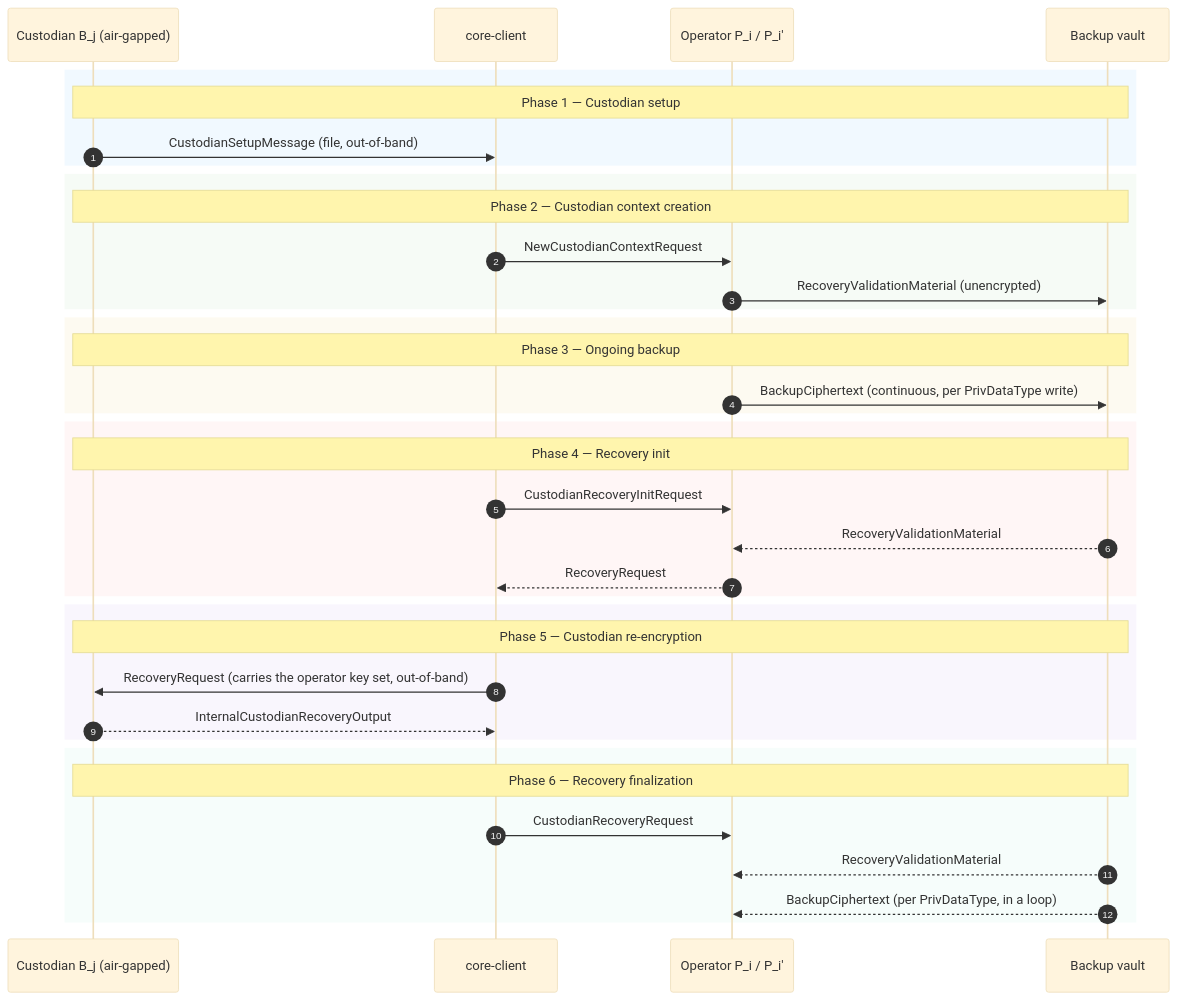
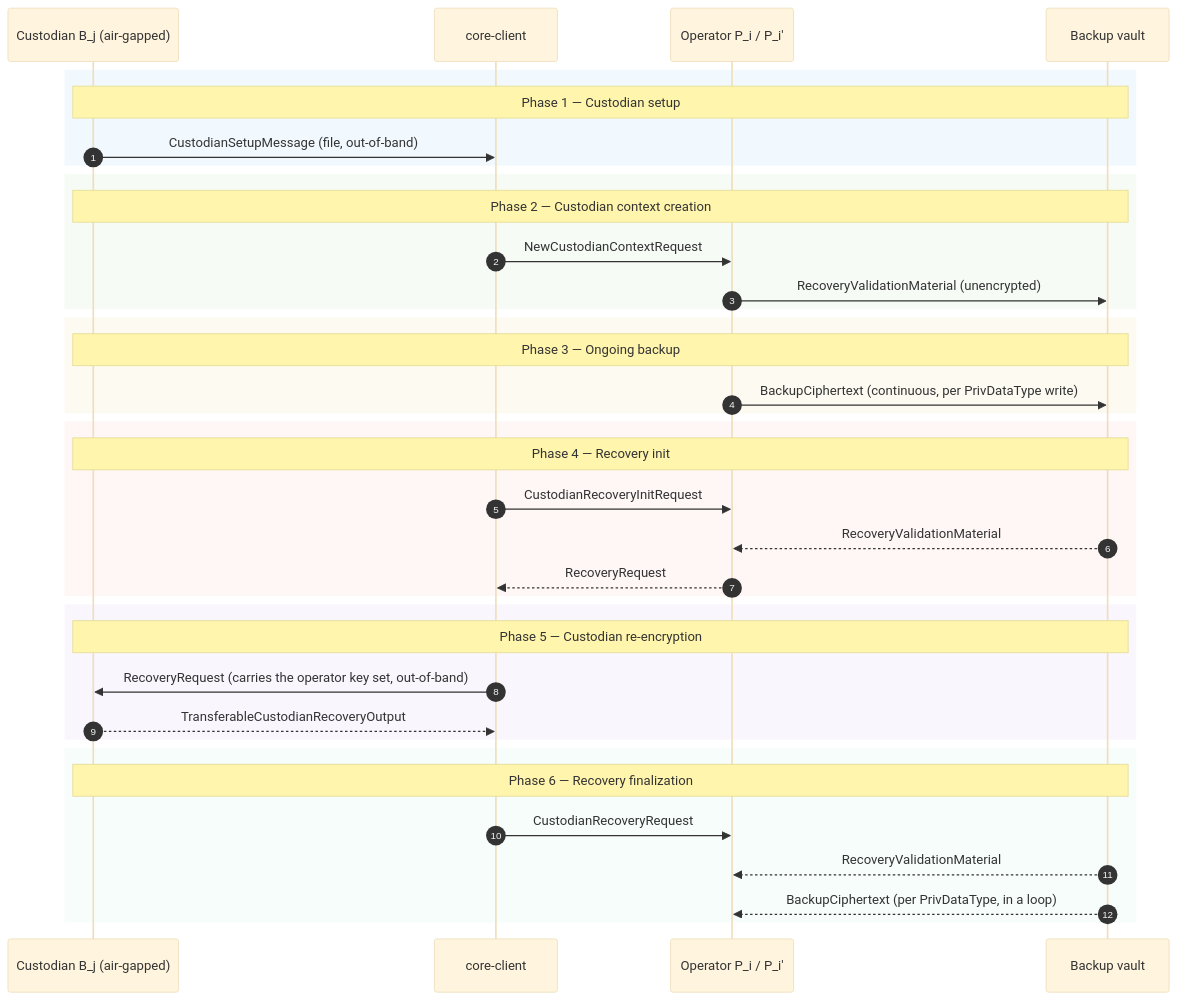
One commit to zama-ai/kms changed the diagram in docs/guides/backup.md. Above: the diagram before and after it, drawn with Mermaid (base theme). The commit also changed other lines of this file and 10 other files, not shown here.

Commit message:
chore: renamed InternalCustodianRecoveryOutput to TransferableCustodianRecoveryOutput

````diff
--- a/docs/guides/backup.md
+++ b/docs/guides/backup.md
@@ -153,44 +153,44 @@
 ```mermaid
 sequenceDiagram
     autonumber
     participant Cus as Custodian B_j (air-gapped)
     participant Cli as core-client
     participant Op as Operator P_i / P_i'
     participant Vault as Backup vault
 
     rect rgba(200, 230, 255, 0.25)
     Note over Cus, Vault: Phase 1 — Custodian setup
     Cus->>Cli: CustodianSetupMessage (file, out-of-band)
     end
 
     rect rgba(220, 240, 220, 0.25)
     Note over Cus, Vault: Phase 2 — Custodian context creation
     Cli->>Op: NewCustodianContextRequest
     Op->>Vault: RecoveryValidationMaterial (unencrypted)
     end
 
     rect rgba(245, 235, 200, 0.25)
     Note over Cus, Vault: Phase 3 — Ongoing backup
     Op->>Vault: BackupCiphertext (continuous, per PrivDataType write)
     end
 
     rect rgba(255, 220, 220, 0.25)
     Note over Cus, Vault: Phase 4 — Recovery init
     Cli->>Op: CustodianRecoveryInitRequest
     Vault-->>Op: RecoveryValidationMaterial
     Op-->>Cli: RecoveryRequest
     end
 
     rect rgba(230, 220, 245, 0.25)
     Note over Cus, Vault: Phase 5 — Custodian re-encryption
     Cli->>Cus: RecoveryRequest (carries the operator key set, out-of-band)
-    Cus-->>Cli: InternalCustodianRecoveryOutput
+    Cus-->>Cli: TransferableCustodianRecoveryOutput
     end
 
     rect rgba(220, 245, 240, 0.25)
     Note over Cus, Vault: Phase 6 — Recovery finalization
     Cli->>Op: CustodianRecoveryRequest
     Vault-->>Op: RecoveryValidationMaterial
     Vault-->>Op: BackupCiphertext (per PrivDataType, in a loop)
     end
 ```
````
